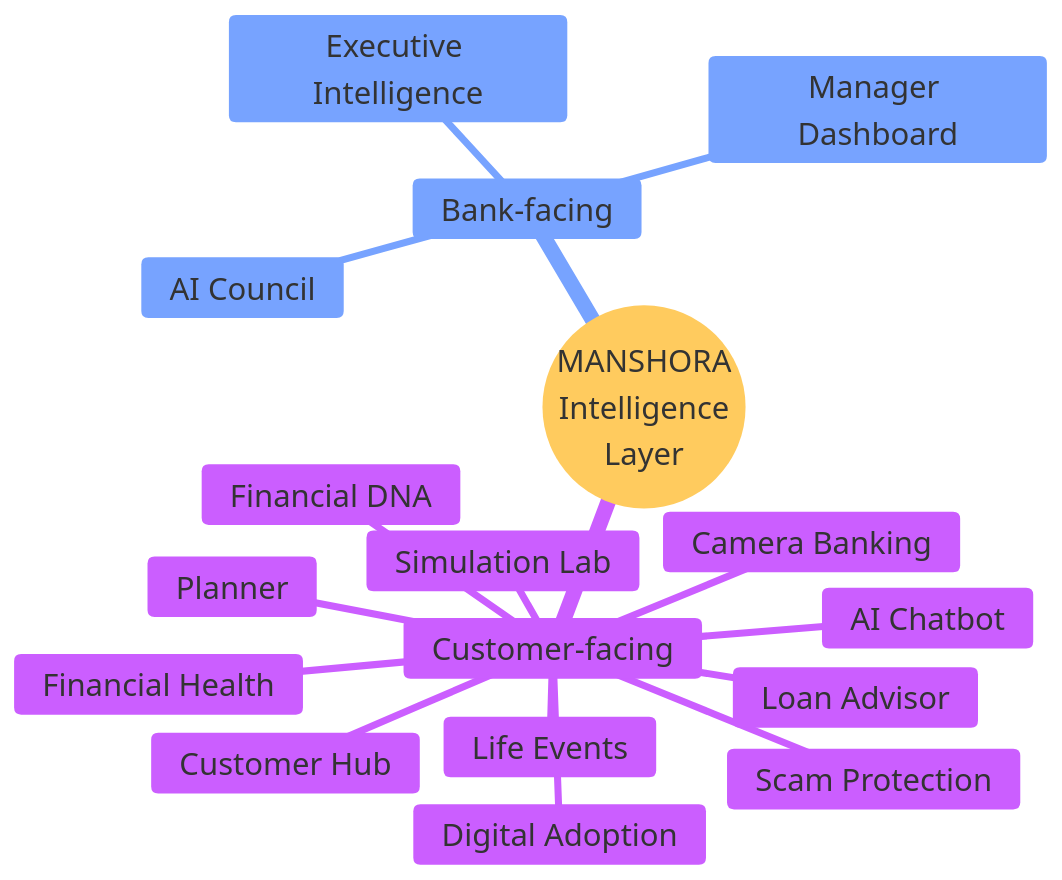
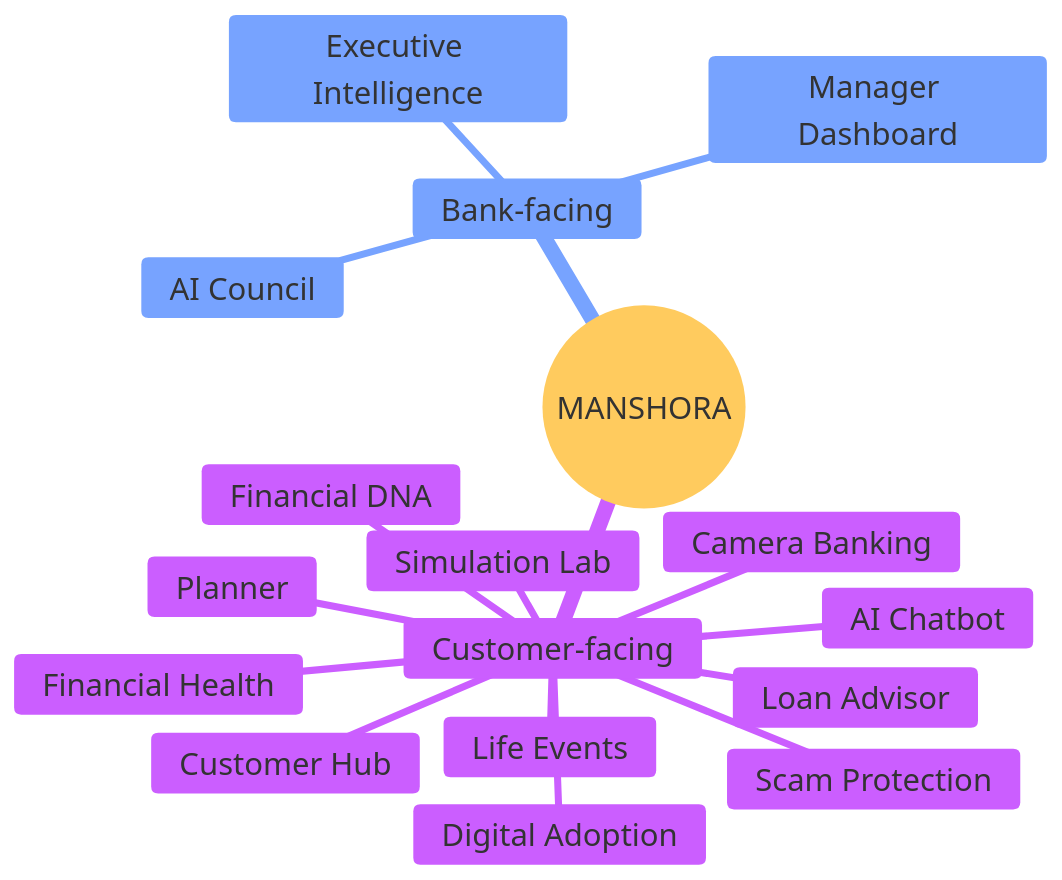
Before and after one commit to Mansi232323/MANSHORA: the fourth of 13 diagrams in README.md, drawn with Mermaid. The commit also changed other lines of this file, not shown here.

````diff
--- a/README.md
+++ b/README.md
@@ -208,21 +165,21 @@
 ```mermaid
 %%{init: {'theme':'base','themeVariables':{'fontSize':'22px'}}}%%
 mindmap
-  root((MANSHORA<br/>Intelligence<br/>Layer))
+  root((MANSHORA))
     Customer-facing
       Customer Hub
       Financial Health
       Financial DNA
       AI Chatbot
       Life Events
       Simulation Lab
       Planner
       Loan Advisor
       Scam Protection
       Camera Banking
       Digital Adoption
     Bank-facing
       AI Council
       Manager Dashboard
       Executive Intelligence
 ```
````
